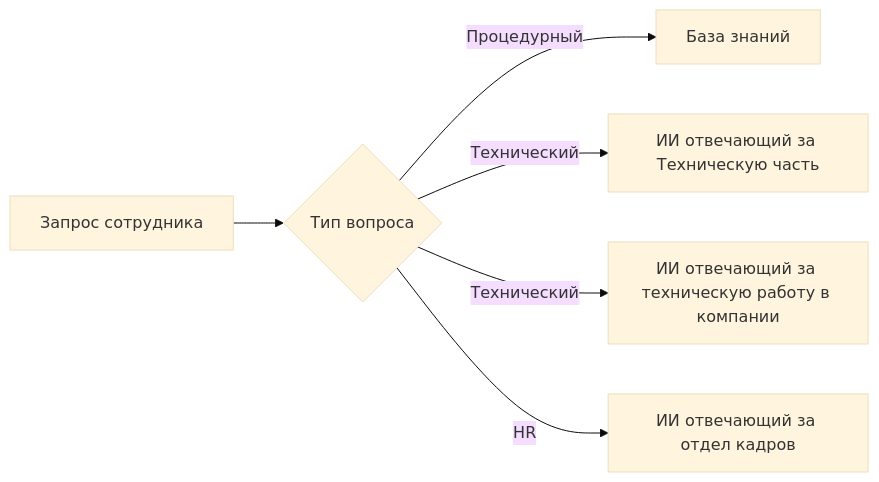
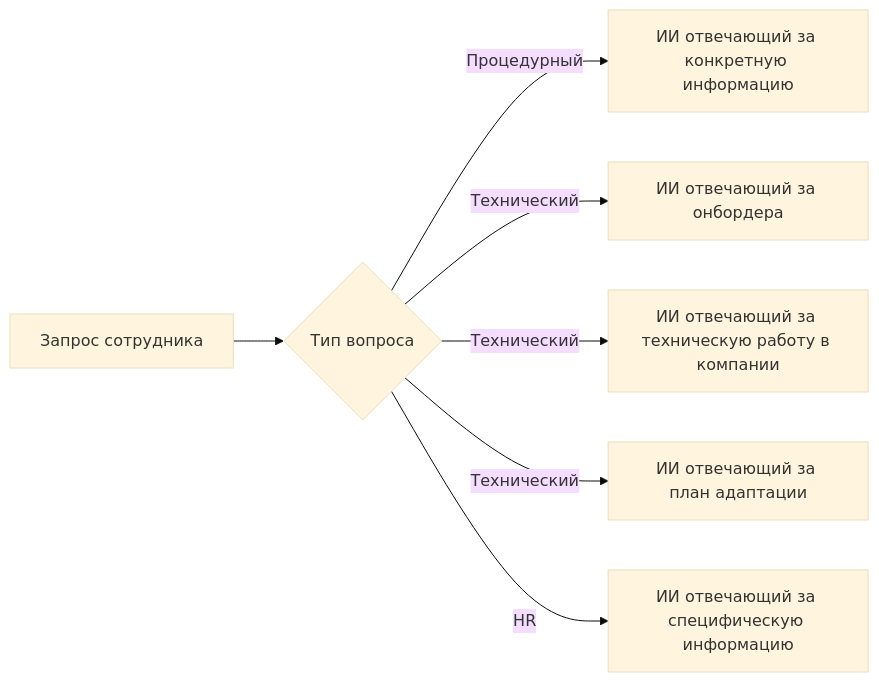
One commit to Namelomax/AIOnborder changed the first of 2 diagrams in AIOnborder/Этапы работы ассистента.md. Above: the diagram before and after it, drawn with Mermaid (base theme).

Commit message:
vault backup: 2025-07-29 11:24:41

````diff
--- a/AIOnborder/Этапы работы ассистента.md
+++ b/AIOnborder/Этапы работы ассистента.md
@@ -21,8 +21,9 @@
 ```mermaid
 flowchart LR
     A[Запрос сотрудника] --> B{Тип вопроса}
-    B -->|Процедурный| C[База знаний]
-    B -->|Технический| D[ИИ отвечающий за Техническую часть]
+    B -->|Процедурный| C[ИИ отвечающий за конкретную информацию]
+    B -->|Технический| D[ИИ отвечающий за онбордера]
     B -->|Технический| F[ИИ отвечающий за техническую работу в компании]
-    B -->|HR| E[ИИ отвечающий за отдел кадров]
+    B -->|Технический| G[ИИ отвечающий за план адаптации]
+    B -->|HR| E[ИИ отвечающий за специфическую информацию]
 ```
````
